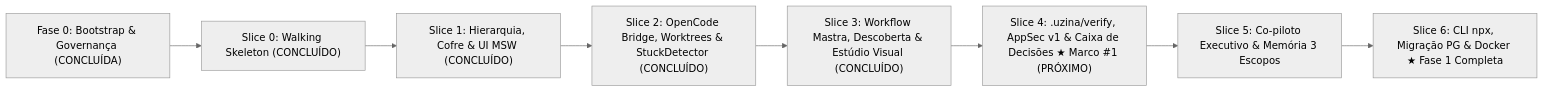
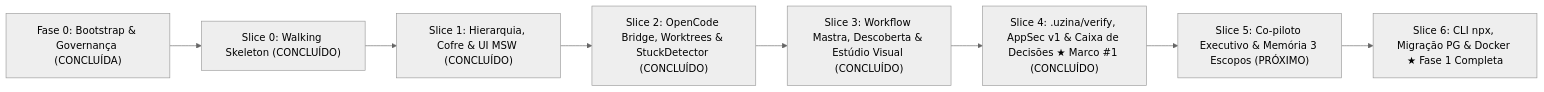
One commit to Matheus-Gama-deluna/uzina-studio changed the diagram in docs/status/ROADMAP_STATUS.md. Above: the diagram before and after it, drawn with Mermaid (neutral theme). The commit also changed other lines of this file and 75 other files, not shown here.

Commit message:
feat(slice-04): entrega .uzina/verify, @uzina/security-engine v1, Caixa de Decisoes HITL e fluxo Mastra 8 estagios

````diff
--- a/docs/status/ROADMAP_STATUS.md
+++ b/docs/status/ROADMAP_STATUS.md
@@ -9,10 +9,10 @@
 ```mermaid
 flowchart LR
     F0["Fase 0: Bootstrap & Governança (CONCLUÍDA)"] --> S0["Slice 0: Walking Skeleton (CONCLUÍDO)"]
     S0 --> S1["Slice 1: Hierarquia, Cofre & UI MSW (CONCLUÍDO)"]
     S1 --> S2["Slice 2: OpenCode Bridge, Worktrees & StuckDetector (CONCLUÍDO)"]
     S2 --> S3["Slice 3: Workflow Mastra, Descoberta & Estúdio Visual (CONCLUÍDO)"]
-    S3 --> S4["Slice 4: .uzina/verify, AppSec v1 & Caixa de Decisões ★ Marco #1 (PRÓXIMO)"]
-    S4 --> S5["Slice 5: Co-piloto Executivo & Memória 3 Escopos"]
+    S3 --> S4["Slice 4: .uzina/verify, AppSec v1 & Caixa de Decisões ★ Marco #1 (CONCLUÍDO)"]
+    S4 --> S5["Slice 5: Co-piloto Executivo & Memória 3 Escopos (PRÓXIMO)"]
     S5 --> S6["Slice 6: CLI npx, Migração PG & Docker ★ Fase 1 Completa"]
 ```
````
